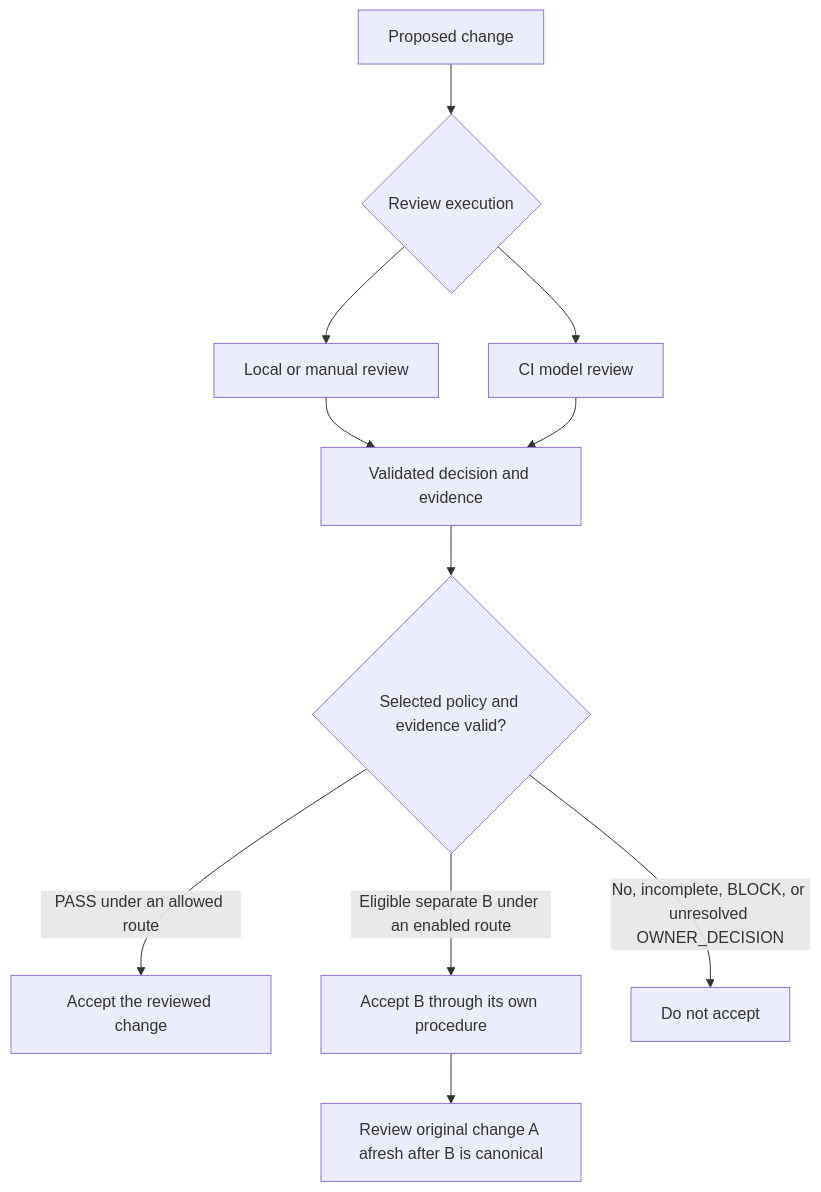
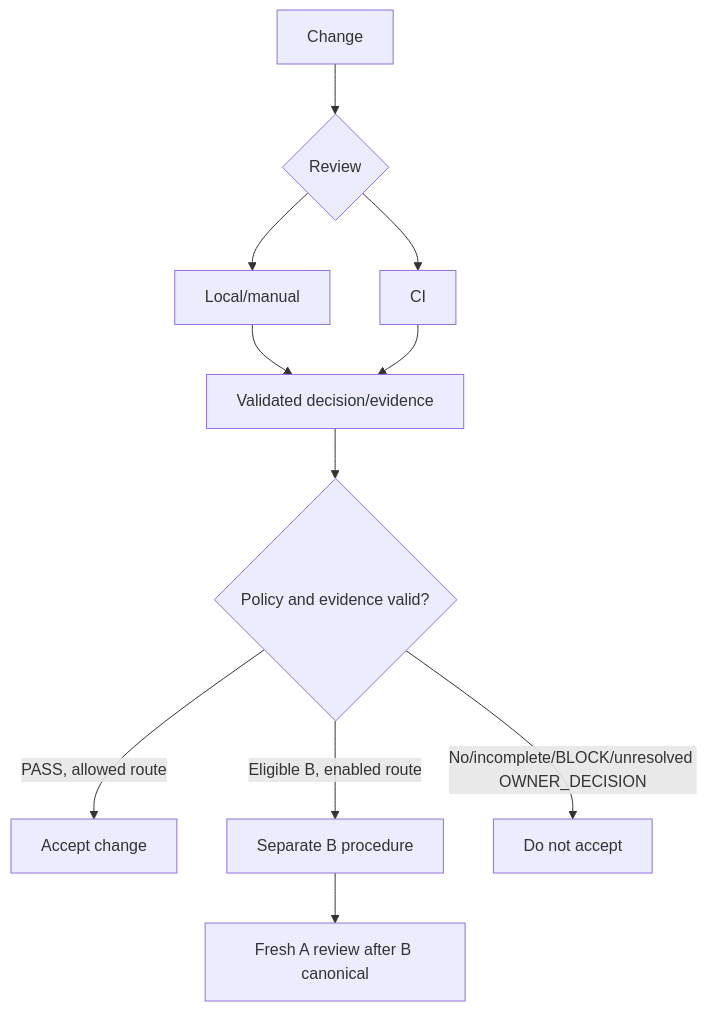
One commit to flair-agency/architecture-gatekeeper changed the second of 3 diagrams in docs/architecture.md. Above: the diagram before and after it, drawn with Mermaid. The commit also changed other lines of this file, not shown here.

````diff
--- a/docs/architecture.md
+++ b/docs/architecture.md
@@ -831,13 +793,13 @@
 ```mermaid
 flowchart TD
-    C[Proposed change] --> R{Review execution}
-    R --> L[Local or manual review]
-    R --> CI[CI model review]
-    L --> E[Validated decision and evidence]
-    CI --> E
-    E --> P{Selected policy and evidence valid?}
-    P -->|PASS under an allowed route| A[Accept the reviewed change]
-    P -->|Eligible separate B under an enabled route| B[Accept B through its own procedure]
-    P -->|No, incomplete, BLOCK, or unresolved OWNER_DECISION| X[Do not accept]
-    B --> F[Review original change A afresh after B is canonical]
+C[Change] --> R{Review}
+R --> L[Local/manual]
+R --> CI[CI]
+L --> E[Validated decision/evidence]
+CI --> E
+E --> P{Policy and evidence valid?}
+P -->|PASS, allowed route| A[Accept change]
+P -->|Eligible B, enabled route| B[Separate B procedure]
+P -->|No/incomplete/BLOCK/unresolved OWNER_DECISION| X[Do not accept]
+B --> F[Fresh A review after B canonical]
 ```
````
